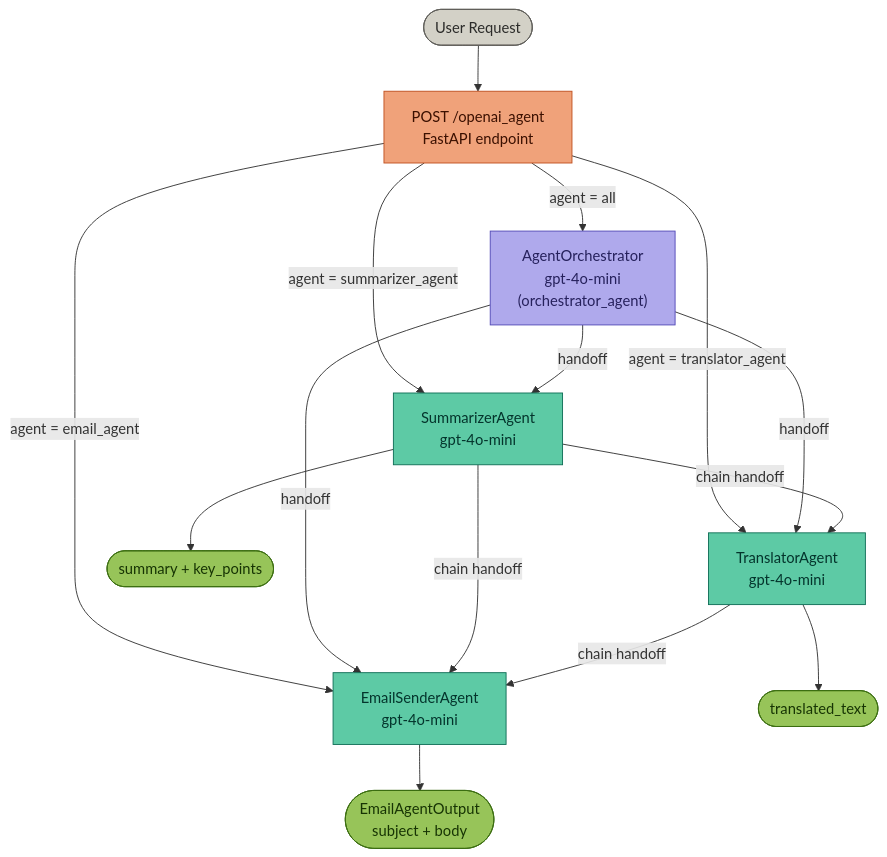
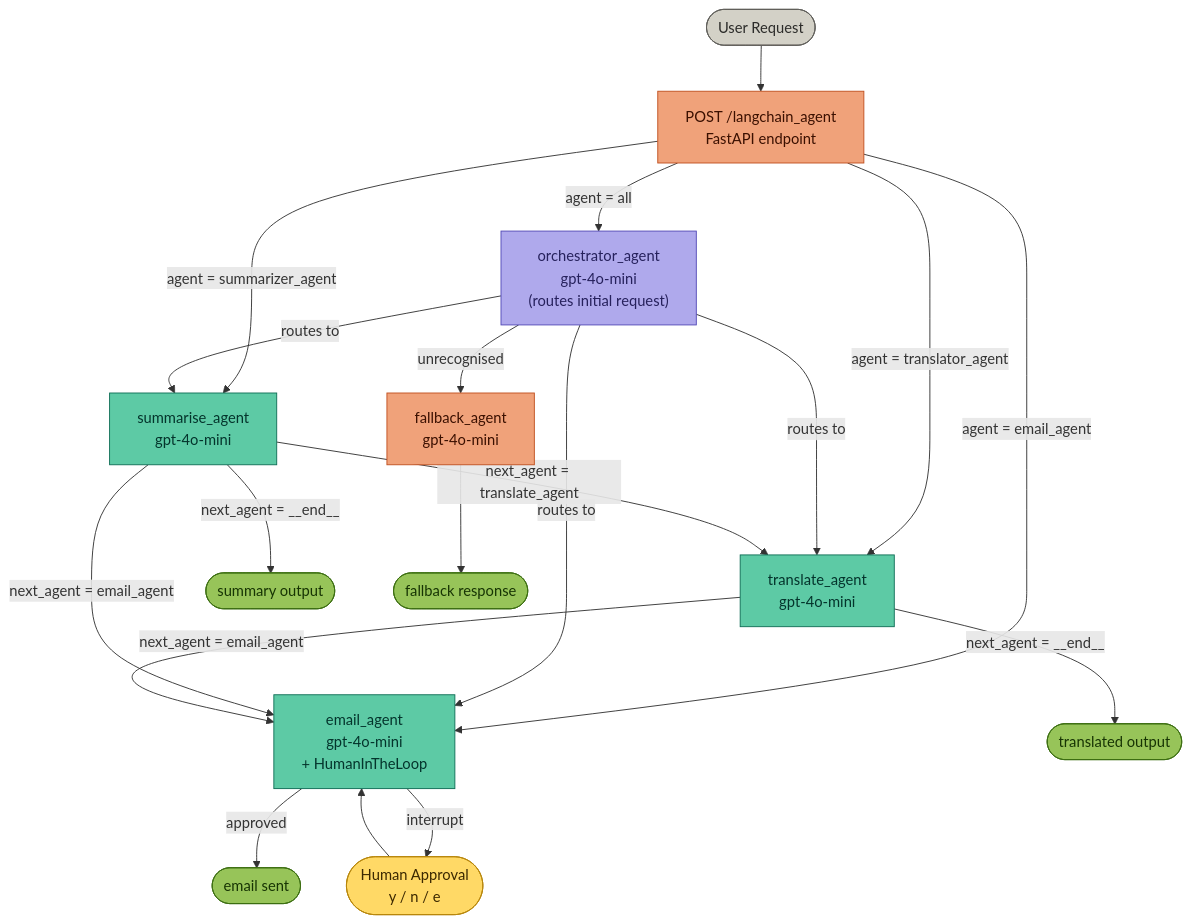
Before and after one commit to AjeetUKPA/MultiAgentOrchestration: the diagram in readme.md, drawn with Mermaid. The commit also changed other lines of this file and 2 other files, not shown here.

````diff
--- a/readme.md
+++ b/readme.md
@@ -22,38 +22,48 @@
 ```mermaid
 graph TD
     User([User Request]) --> API
 
-    API["POST /openai_agent\nFastAPI endpoint"]
+    API["POST /langchain_agent\nFastAPI endpoint"]
     API -->|agent = all| Orchestrator
     API -->|agent = email_agent| Email
     API -->|agent = summarizer_agent| Summarizer
     API -->|agent = translator_agent| Translator
 
-    Orchestrator["AgentOrchestrator\ngpt-4o-mini\n(orchestrator_agent)"]
+    Orchestrator["orchestrator_agent\ngpt-4o-mini\n(routes initial request)"]
 
-    Orchestrator -->|handoff| Email
-    Orchestrator -->|handoff| Summarizer
-    Orchestrator -->|handoff| Translator
+    Orchestrator -->|routes to| Summarizer
+    Orchestrator -->|routes to| Translator
+    Orchestrator -->|routes to| Email
+    Orchestrator -->|unrecognised| Fallback
 
-    Summarizer["SummarizerAgent\ngpt-4o-mini"]
-    Translator["TranslatorAgent\ngpt-4o-mini"]
-    Email["EmailSenderAgent\ngpt-4o-mini"]
+    Summarizer["summarise_agent\ngpt-4o-mini"]
+    Translator["translate_agent\ngpt-4o-mini"]
+    Email["email_agent\ngpt-4o-mini\n+ HumanInTheLoop"]
+    Fallback["fallback_agent\ngpt-4o-mini"]
 
-    Summarizer -->|chain handoff| Translator
-    Summarizer -->|chain handoff| Email
-    Translator -->|chain handoff| Email
+    Summarizer -->|next_agent = translate_agent| Translator
+    Summarizer -->|next_agent = email_agent| Email
+    Summarizer -->|next_agent = __end__| Done2([summary output])
 
-    Email --> Done([EmailAgentOutput\nsubject + body])
-    Summarizer --> Done2([summary + key_points])
-    Translator --> Done3([translated_text])
+    Translator -->|next_agent = email_agent| Email
+    Translator -->|next_agent = __end__| Done3([translated output])
+
+    Email -->|approved| Done([email sent])
+    Email -->|interrupt| HumanApproval([Human Approval\ny / n / e])
+    HumanApproval --> Email
+
+    Fallback --> Done4([fallback response])
 
     style Orchestrator fill:#AFA9EC,stroke:#534AB7,color:#26215C
     style Summarizer fill:#5DCAA5,stroke:#0F6E56,color:#04342C
     style Translator fill:#5DCAA5,stroke:#0F6E56,color:#04342C
     style Email fill:#5DCAA5,stroke:#0F6E56,color:#04342C
+    style Fallback fill:#F0A27A,stroke:#C05020,color:#3B1000
     style API fill:#F0A27A,stroke:#C05020,color:#3B1000
     style User fill:#D3D1C7,stroke:#5F5E5A,color:#2C2C2A
+    style HumanApproval fill:#FFD966,stroke:#B8860B,color:#3B2800
     style Done fill:#97C459,stroke:#3B6D11,color:#173404
     style Done2 fill:#97C459,stroke:#3B6D11,color:#173404
     style Done3 fill:#97C459,stroke:#3B6D11,color:#173404
+    style Done4 fill:#97C459,stroke:#3B6D11,color:#173404
 ```
````
